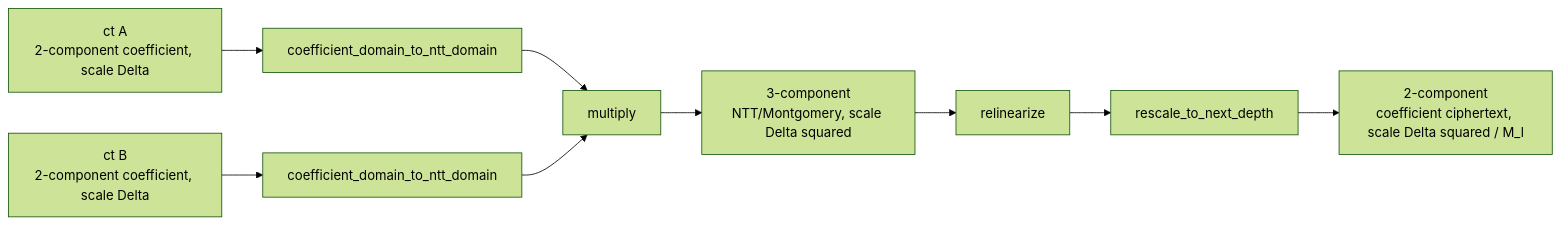
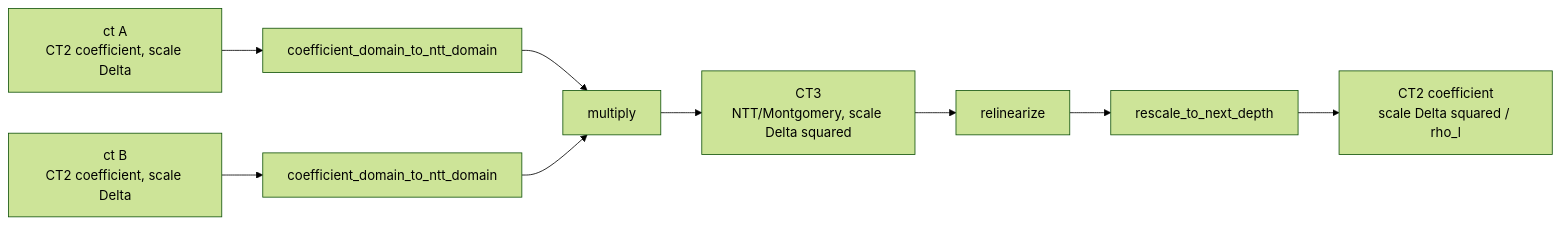
One commit to visualDust/fhelium changed the fourth of 6 diagrams in docs/concepts/ckks/evaluator-operation-transitions.md. Above: the diagram before and after it, drawn with Mermaid (forest theme). The commit also changed other lines of this file and 475 other files, not shown here.

````diff
--- a/docs/concepts/ckks/evaluator-operation-transitions.md
+++ b/docs/concepts/ckks/evaluator-operation-transitions.md
@@ -82,15 +121,15 @@
 ```mermaid
 flowchart LR
-    A[ct A<br/>2-component coefficient, scale Delta]
-    B[ct B<br/>2-component coefficient, scale Delta]
+    A[ct A<br/>CT2 coefficient, scale Delta]
+    B[ct B<br/>CT2 coefficient, scale Delta]
     NA[coefficient_domain_to_ntt_domain]
     NB[coefficient_domain_to_ntt_domain]
     MUL[multiply]
-    T[3-component<br/>NTT/Montgomery, scale Delta squared]
+    T[CT3<br/>NTT/Montgomery, scale Delta squared]
     RELIN[relinearize]
     R[rescale_to_next_depth]
-    O[2-component<br/>coefficient ciphertext, scale Delta squared / M_l]
+    O[CT2 coefficient<br/>scale Delta squared / rho_l]
     A --> NA --> MUL
     B --> NB --> MUL
     MUL --> T --> RELIN --> R --> O
 ```
````
